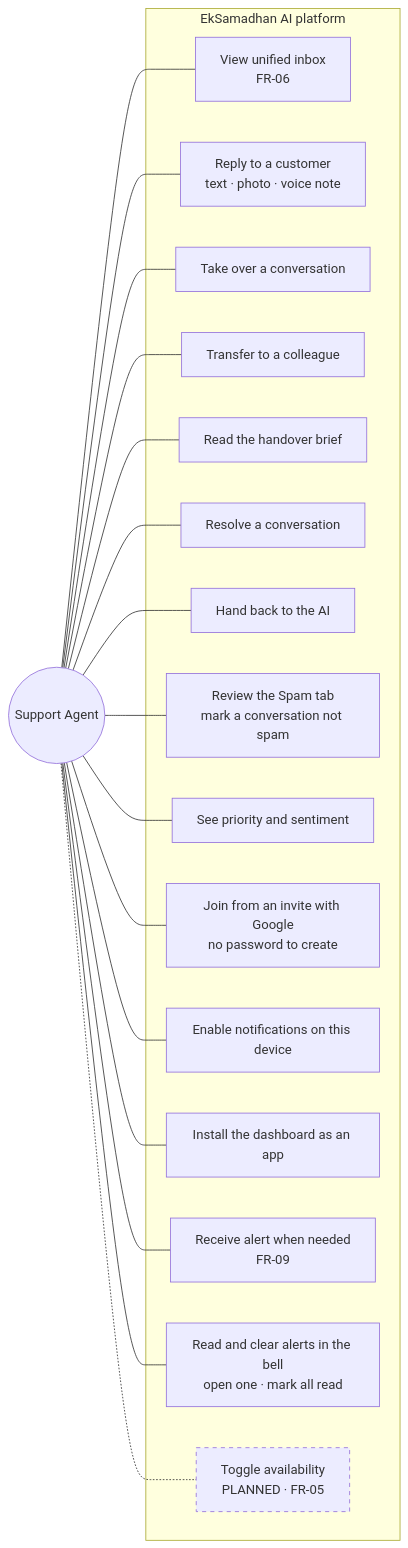
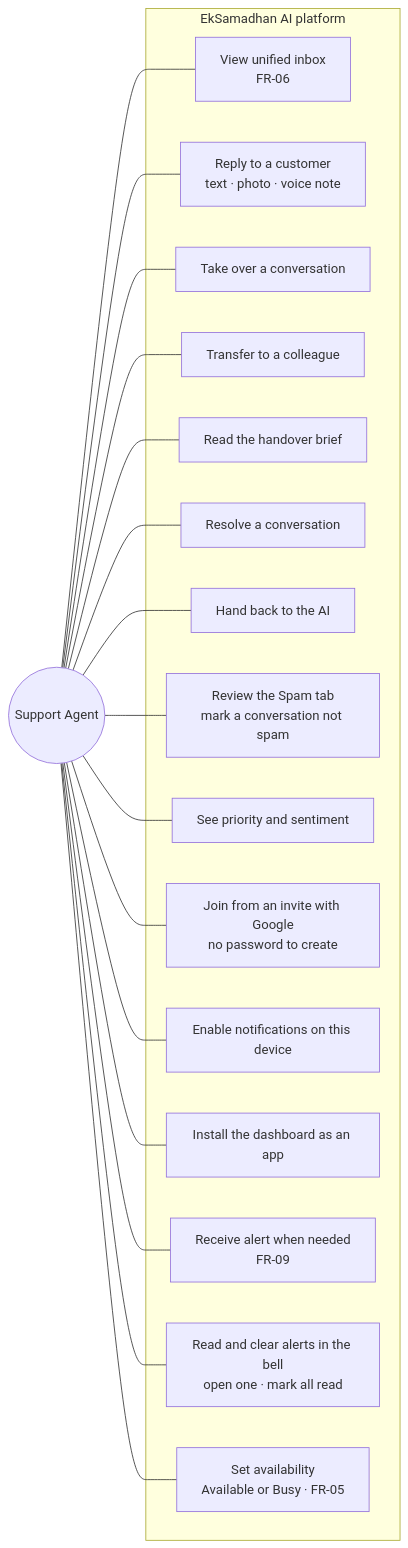
Before and after one commit to SayubShakya/eksamadhan-ai: the second of 5 diagrams in docs/system-design/new-system-design/use-case/README.md, drawn with Mermaid. The commit also changed other lines of this file and 57 other files, not shown here.

Commit message:
feat: agent availability with live presence updates

````diff
--- a/docs/system-design/new-system-design/use-case/README.md
+++ b/docs/system-design/new-system-design/use-case/README.md
@@ -47,37 +47,36 @@
 ```mermaid
 flowchart LR
     agent(("Support Agent"))
     subgraph s2["EkSamadhan AI platform"]
         b1["View unified inbox<br/>FR-06"]
         b2["Reply to a customer<br/>text · photo · voice note"]
         b3["Take over a conversation"]
         b4["Transfer to a colleague"]
         b5["Read the handover brief"]
         b6["Resolve a conversation"]
         b10["Hand back to the AI"]
         b11["Review the Spam tab<br/>mark a conversation not spam"]
         b12["See priority and sentiment"]
         b13["Join from an invite with Google<br/>no password to create"]
         b7["Enable notifications on this device"]
         b14["Install the dashboard as an app"]
         b8["Receive alert when needed<br/>FR-09"]
         b15["Read and clear alerts in the bell<br/>open one · mark all read"]
-        b9["Toggle availability<br/>PLANNED · FR-05"]
+        b9["Set availability<br/>Available or Busy · FR-05"]
     end
     agent --- b1
     agent --- b2
     agent --- b3
     agent --- b4
     agent --- b5
     agent --- b6
     agent --- b10
     agent --- b11
     agent --- b12
     agent --- b13
     agent --- b7
     agent --- b14
     agent --- b8
     agent --- b15
-    agent -.- b9
-    style b9 stroke-dasharray: 5 5
+    agent --- b9
 ```
````
